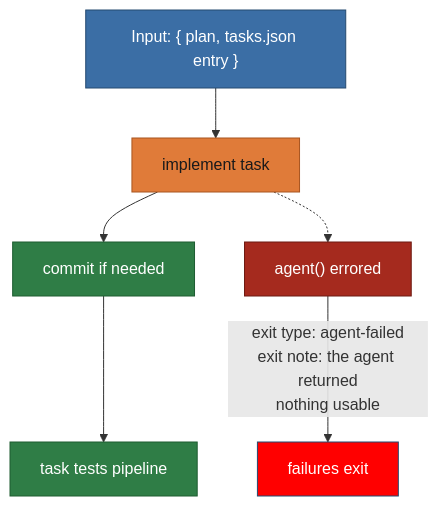
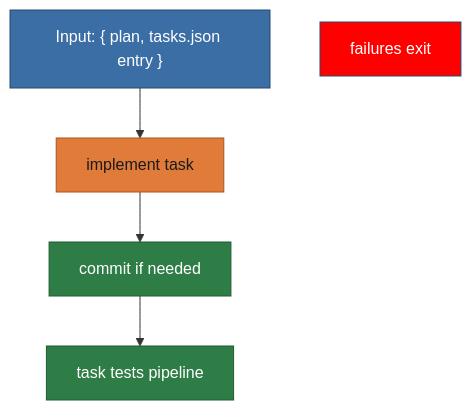
The diagram in plans/diagram/pipeline-implement.mmd (matkatmusic/taskTools), drawn with Mermaid before and after one commit. The commit also changed 404 other files, not shown here.

```diff
--- a/plans/diagram/pipeline-implement.mmd
+++ b/plans/diagram/pipeline-implement.mmd
@@ -1,42 +1,39 @@
 flowchart TB
 %% IMPLEMENT PIPELINE. Split from pipeline-implementTest.mmd.
 %% ---
 %% Input: an accepted plan from the review plan pipeline.
 %% ---
 %% One job: write the code and commit it.
 %% ---
 %% Never update a test not created in this task's worktree, unless it is broken or asserts nothing.
 %% ---
 %% Every box touching the working tree operates deepest submodule first, root last.
 %% ---
 %% "commit if needed" excludes generated doc artifacts from the commit, via .gitignore plus the skip-worktree bit set by configureGeneratedArtifactIsolation.
 %% ---
 %% `git add -A` is safe because of that, not by accident.
 %% ---
 %% A script that fails operationally exits the run as run-failed.
 %% ---
 %% Exit types this pipeline can produce:
 %% ---
-%% agent-failed - an agent returned nothing usable
-%% ---
 %% run-failed - a script failed operationally
 
   ACCEPTED_PLAN_INPUT["Input: { plan, tasks.json entry }"] --> IMPLEMENT_TASK
   IMPLEMENT_TASK["implement task"] --> COMMIT_IMPLEMENTATION_IF_NEEDED["commit if needed"]
   COMMIT_IMPLEMENTATION_IF_NEEDED --> TASK_TESTS_PIPELINE["task tests pipeline"]
-  IMPLEMENT_TASK -.-> AGENT_ERRORED["agent() errored"] -- "exit type: agent-failed<br/>exit note: the agent returned<br/>nothing usable" --> EXIT_WORKFLOW_IMPLEMENT
 
   EXIT_WORKFLOW_IMPLEMENT["failures exit"]
 
   classDef pipeline fill:#2f7d46,stroke:#1e5c31,color:#ffffff
   classDef script fill:#2f7d46,stroke:#1e5c31,color:#ffffff
   classDef agent fill:#e07b39,stroke:#a8541f,color:#1a1a1a
   classDef output fill:#3b6ea5,stroke:#254a70,color:#ffffff
   classDef fail fill:red,stroke:#254a70,color:#ffffff
   classDef nopass fill:#a52a1e,stroke:#6d1a12,color:#ffffff
   class COMMIT_IMPLEMENTATION_IF_NEEDED script
   class TASK_TESTS_PIPELINE pipeline
   class IMPLEMENT_TASK agent
-  class AGENT_ERRORED nopass
   class EXIT_WORKFLOW_IMPLEMENT fail
   class ACCEPTED_PLAN_INPUT output
+  class IMPLEMENT_TASK returns_a_prompt
```
